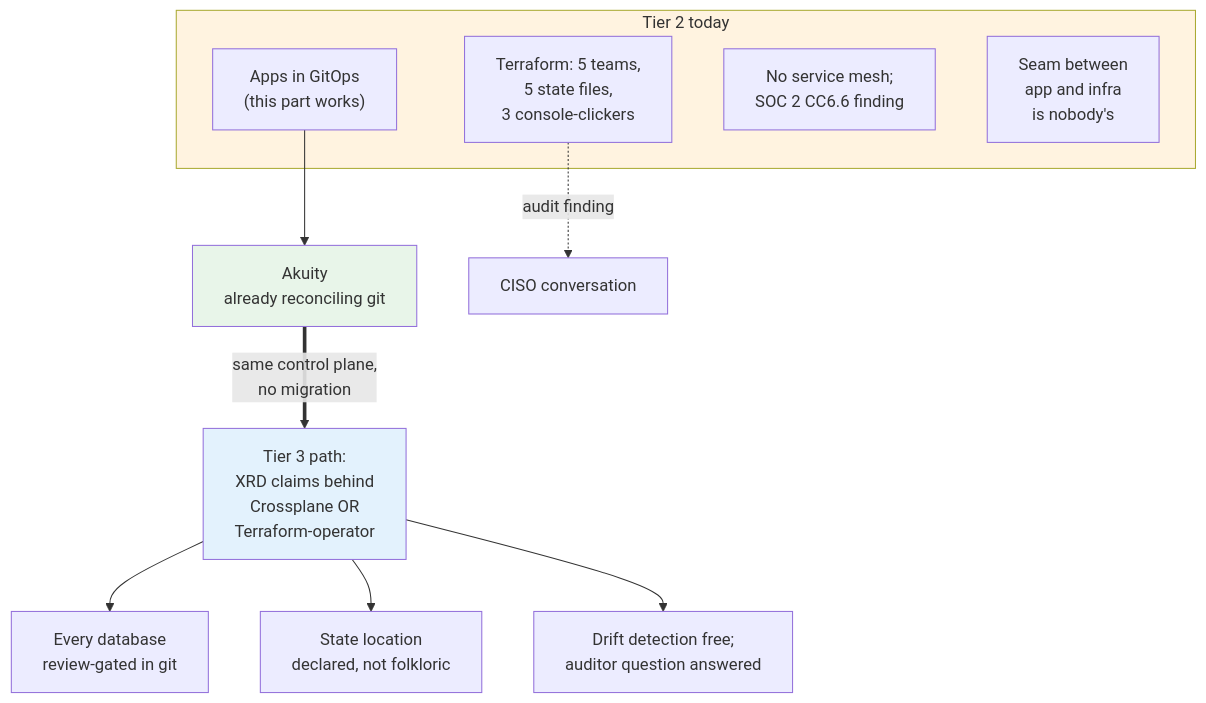
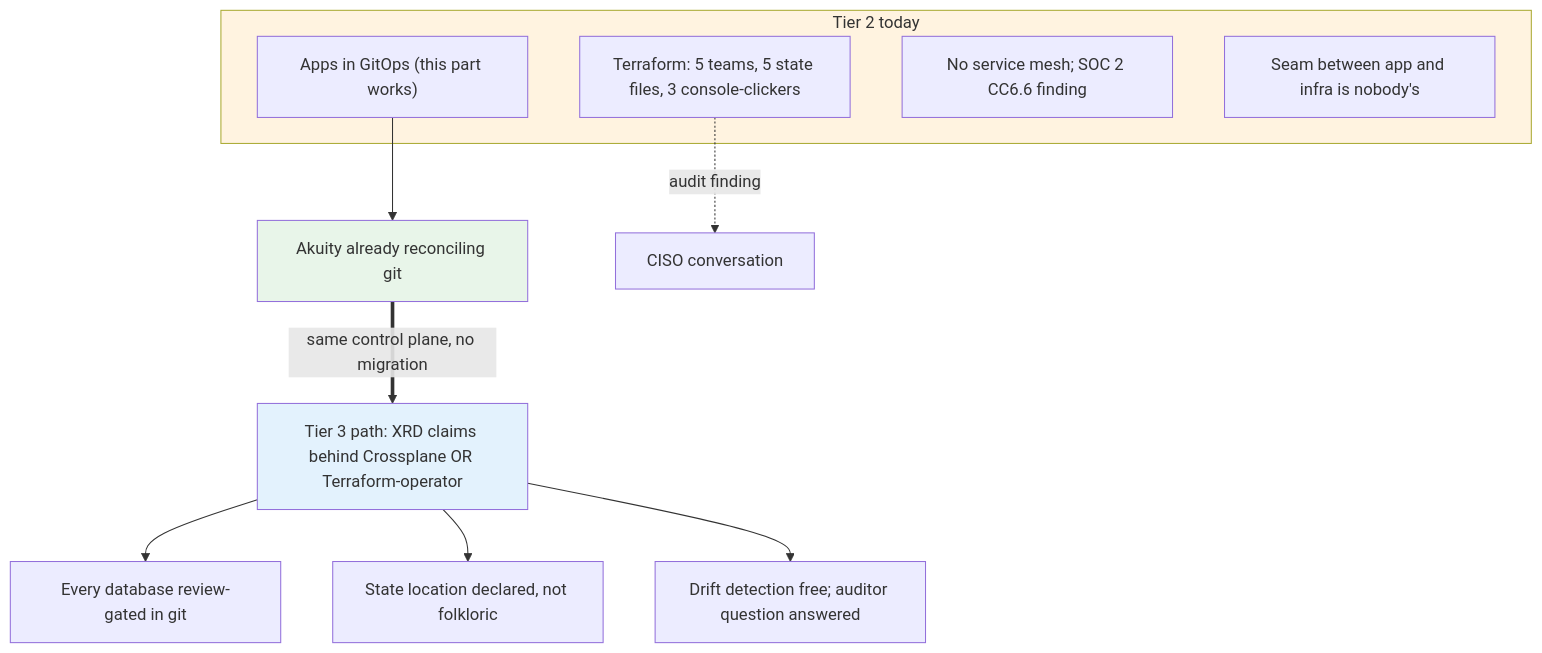
One commit to Cliftonz/akuity-deployment-examples changed the sixth of 10 diagrams in docs/diagrams.md. Above: the diagram before and after it, drawn with Mermaid. The commit also changed other lines of this file, not shown here.

Commit message:
docs/diagrams: drop <br/> tags from mermaid node labels

````diff
--- a/docs/diagrams.md
+++ b/docs/diagrams.md
@@ -168,22 +168,22 @@
 ```mermaid
 flowchart TB
     subgraph Today["Tier 2 today"]
-        Apps["Apps in GitOps<br/>(this part works)"]
-        Wild["Terraform: 5 teams,<br/>5 state files,<br/>3 console-clickers"]
-        Mesh["No service mesh;<br/>SOC 2 CC6.6 finding"]
-        Gap["Seam between<br/>app and infra<br/>is nobody's"]
+        Apps["Apps in GitOps (this part works)"]
+        Wild["Terraform: 5 teams, 5 state files, 3 console-clickers"]
+        Mesh["No service mesh; SOC 2 CC6.6 finding"]
+        Gap["Seam between app and infra is nobody's"]
     end
 
-    Apps --> AkuityNow["Akuity<br/>already reconciling git"]
+    Apps --> AkuityNow["Akuity already reconciling git"]
     Wild -.->|"audit finding"| CISO["CISO conversation"]
 
-    AkuityNow ==>|"same control plane,<br/>no migration"| Tier3["Tier 3 path:<br/>XRD claims behind<br/>Crossplane OR<br/>Terraform-operator"]
+    AkuityNow ==>|"same control plane, no migration"| Tier3["Tier 3 path: XRD claims behind Crossplane OR Terraform-operator"]
 
-    Tier3 --> Out1["Every database<br/>review-gated in git"]
-    Tier3 --> Out2["State location<br/>declared, not folkloric"]
-    Tier3 --> Out3["Drift detection free;<br/>auditor question answered"]
+    Tier3 --> Out1["Every database review-gated in git"]
+    Tier3 --> Out2["State location declared, not folkloric"]
+    Tier3 --> Out3["Drift detection free; auditor question answered"]
 
     style AkuityNow fill:#e8f5e9
     style Today fill:#fff3e0
     style Tier3 fill:#e3f2fd
 ```
````
